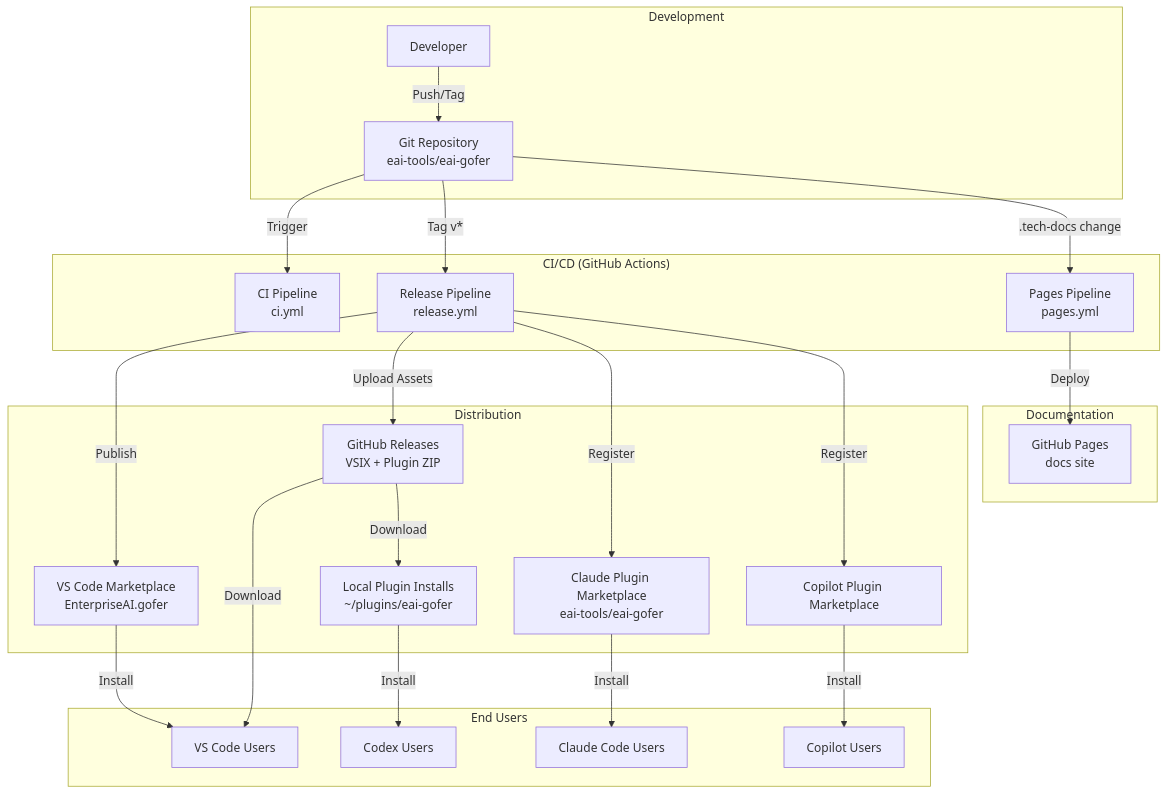
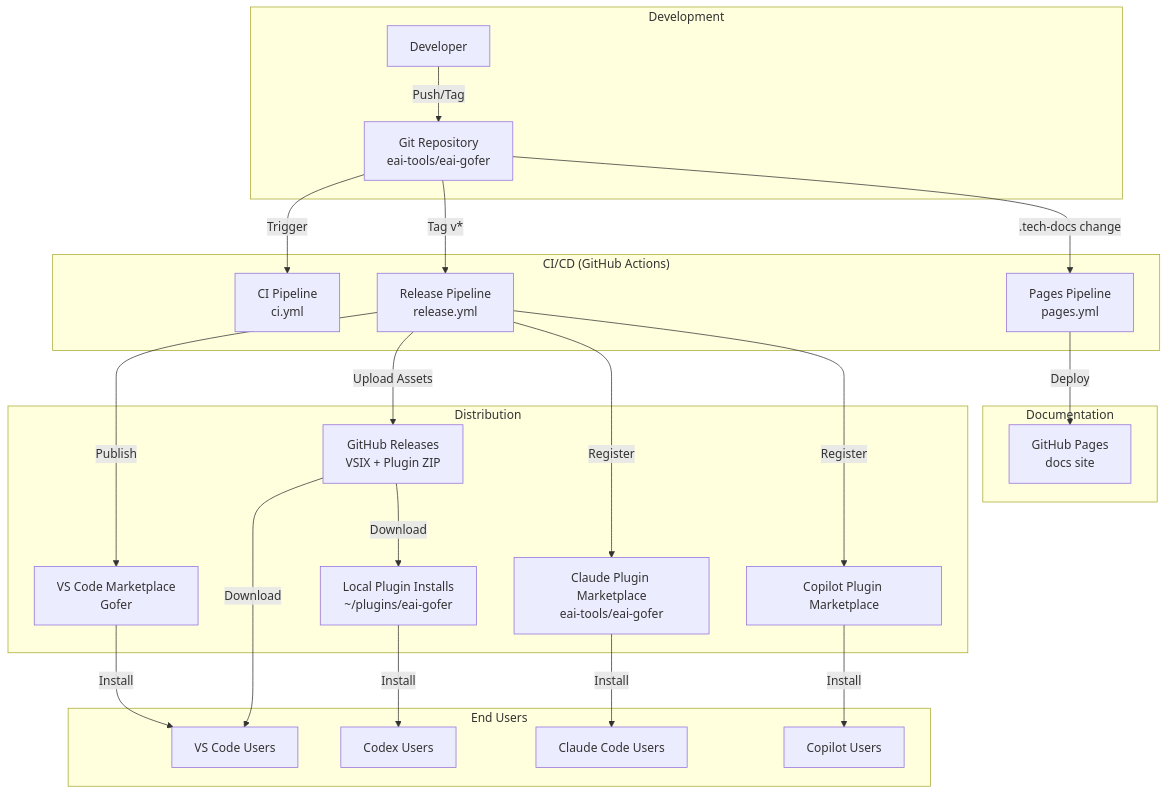
Before and after one commit to eai-tools/eai-gofer: the diagram in .tech-docs/deployment.md, drawn with Mermaid. The commit also changed other lines of this file and 209 other files, not shown here.

````diff
--- a/.tech-docs/deployment.md
+++ b/.tech-docs/deployment.md
@@ -20,51 +23,51 @@
 ```mermaid
 flowchart TB
     subgraph "Development"
         Dev["Developer"]
         Git["Git Repository<br/>eai-tools/eai-gofer"]
     end
-    
+
     subgraph "CI/CD (GitHub Actions)"
         CI["CI Pipeline<br/>ci.yml"]
         Release["Release Pipeline<br/>release.yml"]
         Pages["Pages Pipeline<br/>pages.yml"]
     end
-    
+
     subgraph "Distribution"
-        VSCodeMarketplace["VS Code Marketplace<br/>EnterpriseAI.gofer"]
+        VSCodeMarketplace["VS Code Marketplace<br/>Gofer"]
         GitHubReleases["GitHub Releases<br/>VSIX + Plugin ZIP"]
         ClaudeMarket["Claude Plugin Marketplace<br/>eai-tools/eai-gofer"]
         CopilotMarket["Copilot Plugin Marketplace"]
         LocalPlugins["Local Plugin Installs<br/>~/plugins/eai-gofer"]
     end
-    
+
     subgraph "Documentation"
         GHPages["GitHub Pages<br/>docs site"]
     end
-    
+
     subgraph "End Users"
         VSCode["VS Code Users"]
         Claude["Claude Code Users"]
         Copilot["Copilot Users"]
         Codex["Codex Users"]
     end
-    
+
     Dev -->|Push/Tag| Git
     Git -->|Trigger| CI
     Git -->|Tag v*| Release
     Git -->|.tech-docs change| Pages
-    
+
     Release -->|Publish| VSCodeMarketplace
     Release -->|Upload Assets| GitHubReleases
     Release -->|Register| ClaudeMarket
     Release -->|Register| CopilotMarket
-    
+
     Pages -->|Deploy| GHPages
-    
+
     VSCodeMarketplace -->|Install| VSCode
     GitHubReleases -->|Download| VSCode
     ClaudeMarket -->|Install| Claude
     CopilotMarket -->|Install| Copilot
     GitHubReleases -->|Download| LocalPlugins
     LocalPlugins -->|Install| Codex
 ```
````
